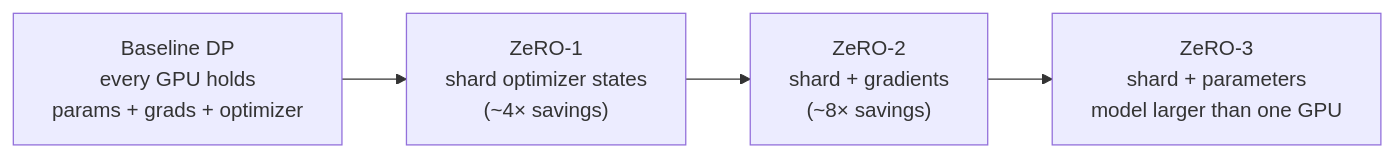
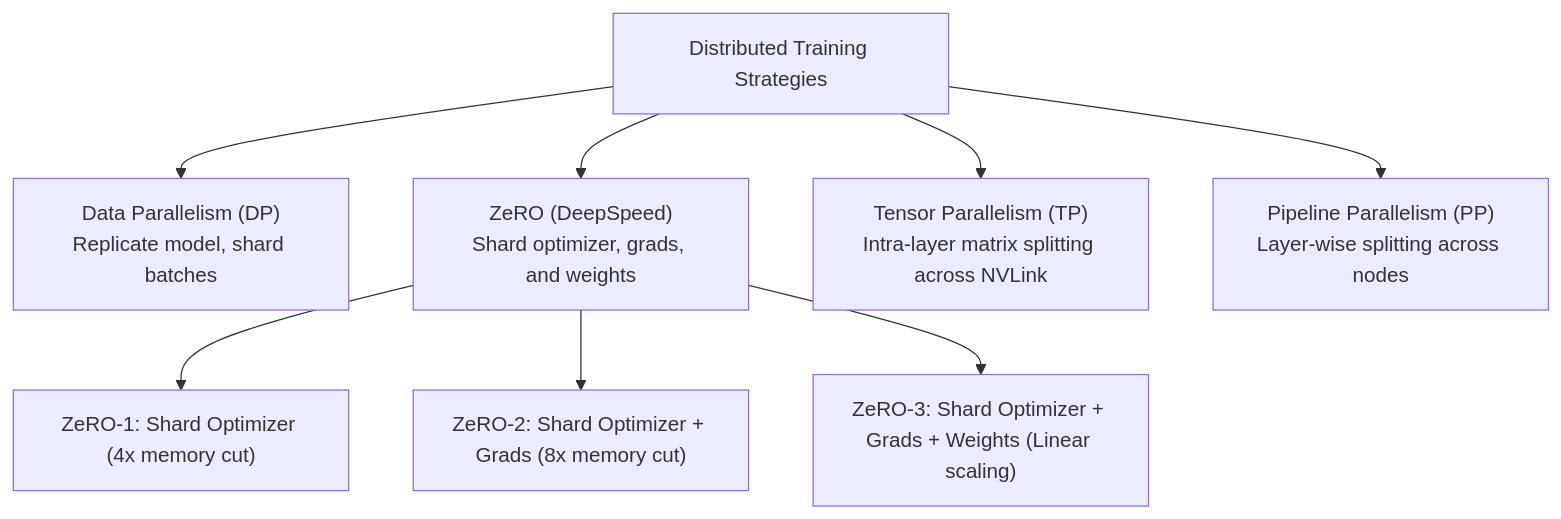
Before and after one commit to 1345AbhishekKumar/cs-cookbook: the fourth of 9 diagrams in content/docs/ai-agents/agentic-ai/04-llm-training-and-peft.mdx, drawn with Mermaid. The commit also changed other lines of this file and 299 other files, not shown here.

````diff
--- a/content/docs/ai-agents/agentic-ai/04-llm-training-and-peft.mdx
+++ b/content/docs/ai-agents/agentic-ai/04-llm-training-and-peft.mdx
@@ -74,6 +124,11 @@
 ```mermaid
-flowchart LR
-    Z0["Baseline DP<br/>every GPU holds<br/>params + grads + optimizer"] --> Z1["ZeRO-1<br/>shard optimizer states<br/>(~4× savings)"]
-    Z1 --> Z2["ZeRO-2<br/>shard + gradients<br/>(~8× savings)"]
-    Z2 --> Z3["ZeRO-3<br/>shard + parameters<br/>model larger than one GPU"]
+flowchart TD
+    Dist["Distributed Training Strategies"] --> DP["Data Parallelism (DP)<br/>Replicate model, shard batches"]
+    Dist --> ZeRO["ZeRO (DeepSpeed)<br/>Shard optimizer, grads, and weights"]
+    Dist --> TP["Tensor Parallelism (TP)<br/>Intra-layer matrix splitting across NVLink"]
+    Dist --> PP["Pipeline Parallelism (PP)<br/>Layer-wise splitting across nodes"]
+
+    ZeRO --> Z1["ZeRO-1: Shard Optimizer (4x memory cut)"]
+    ZeRO --> Z2["ZeRO-2: Shard Optimizer + Grads (8x memory cut)"]
+    ZeRO --> Z3["ZeRO-3: Shard Optimizer + Grads + Weights (Linear scaling)"]
 ```
````
